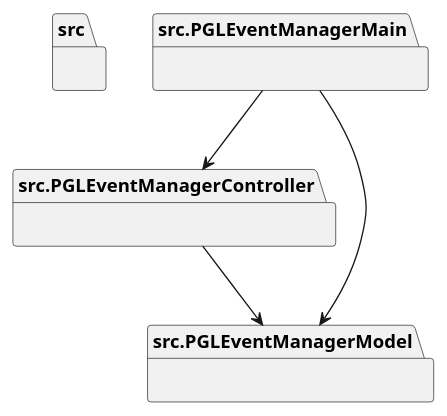
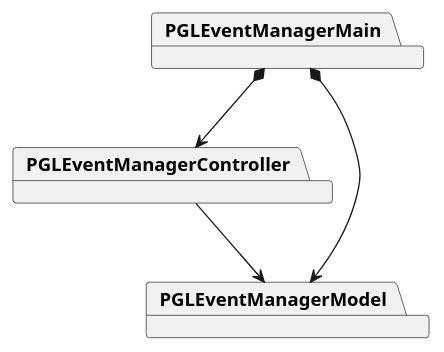
The diagram in UML_Diagrams/packages.puml (Andreas691667/PGLEventManager), drawn with PlantUML before and after one commit. The commit also changed 1 other file, not shown here.

Commit message:
created final class diagram

```diff
--- a/UML_Diagrams/packages.puml
+++ b/UML_Diagrams/packages.puml
@@ -1,14 +1,9 @@
 @startuml packages
 set namespaceSeparator none
-package "src" as src {
-}
-package "src.PGLEventManagerController" as src.PGLEventManagerController {
-}
-package "src.PGLEventManagerMain" as src.PGLEventManagerMain {
-}
-package "src.PGLEventManagerModel" as src.PGLEventManagerModel {
-}
-src.PGLEventManagerController --> src.PGLEventManagerModel
-src.PGLEventManagerMain --> src.PGLEventManagerController
-src.PGLEventManagerMain --> src.PGLEventManagerModel
+package "PGLEventManagerController" as PGLEventManagerController
+package "PGLEventManagerMain" as PGLEventManagerMain
+package "PGLEventManagerModel" as PGLEventManagerModel
+PGLEventManagerController --> PGLEventManagerModel
+PGLEventManagerMain *--> PGLEventManagerController
+PGLEventManagerMain *--> PGLEventManagerModel
 @enduml
```
